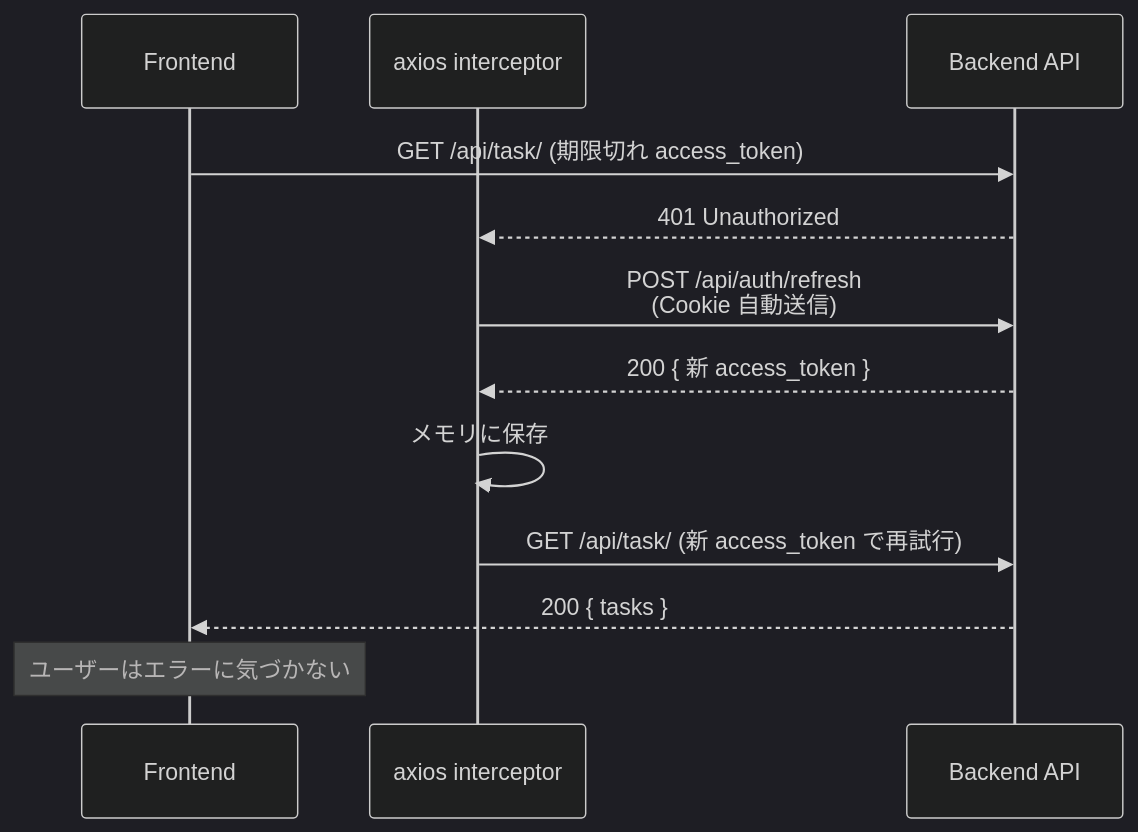
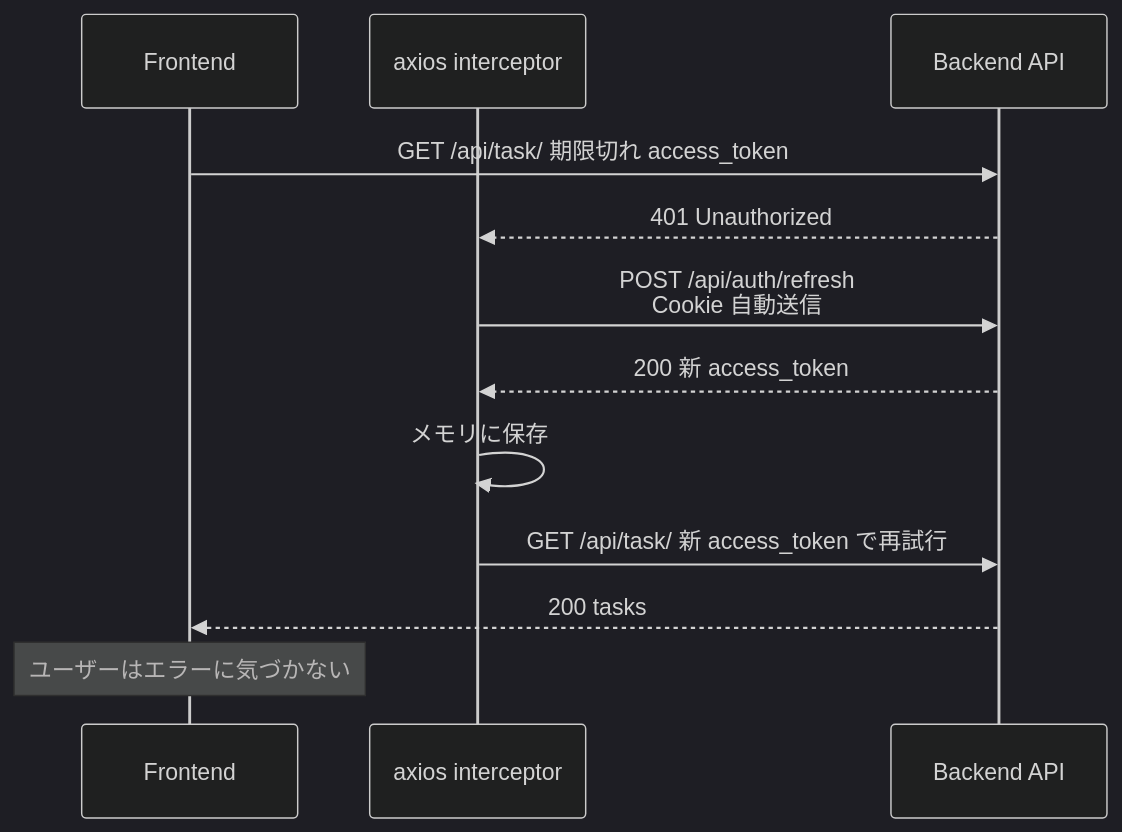
Before and after one commit to takehiro1111/gin-todo: the fifth of 7 diagrams in README.md, drawn with Mermaid (dark theme). The commit also changed other lines of this file, not shown here.

````diff
--- a/README.md
+++ b/README.md
@@ -137,15 +137,15 @@
 ```mermaid
 sequenceDiagram
     participant F as Frontend
     participant Int as axios interceptor
     participant API as Backend API
 
-    F->>API: GET /api/task/ (期限切れ access_token)
+    F->>API: GET /api/task/ 期限切れ access_token
     API-->>Int: 401 Unauthorized
-    Int->>API: POST /api/auth/refresh<br/>(Cookie 自動送信)
-    API-->>Int: 200 { 新 access_token }
+    Int->>API: POST /api/auth/refresh<br/>Cookie 自動送信
+    API-->>Int: 200 新 access_token
     Int->>Int: メモリに保存
-    Int->>API: GET /api/task/ (新 access_token で再試行)
-    API-->>F: 200 { tasks }
+    Int->>API: GET /api/task/ 新 access_token で再試行
+    API-->>F: 200 tasks
     Note over F: ユーザーはエラーに気づかない
 ```
````
